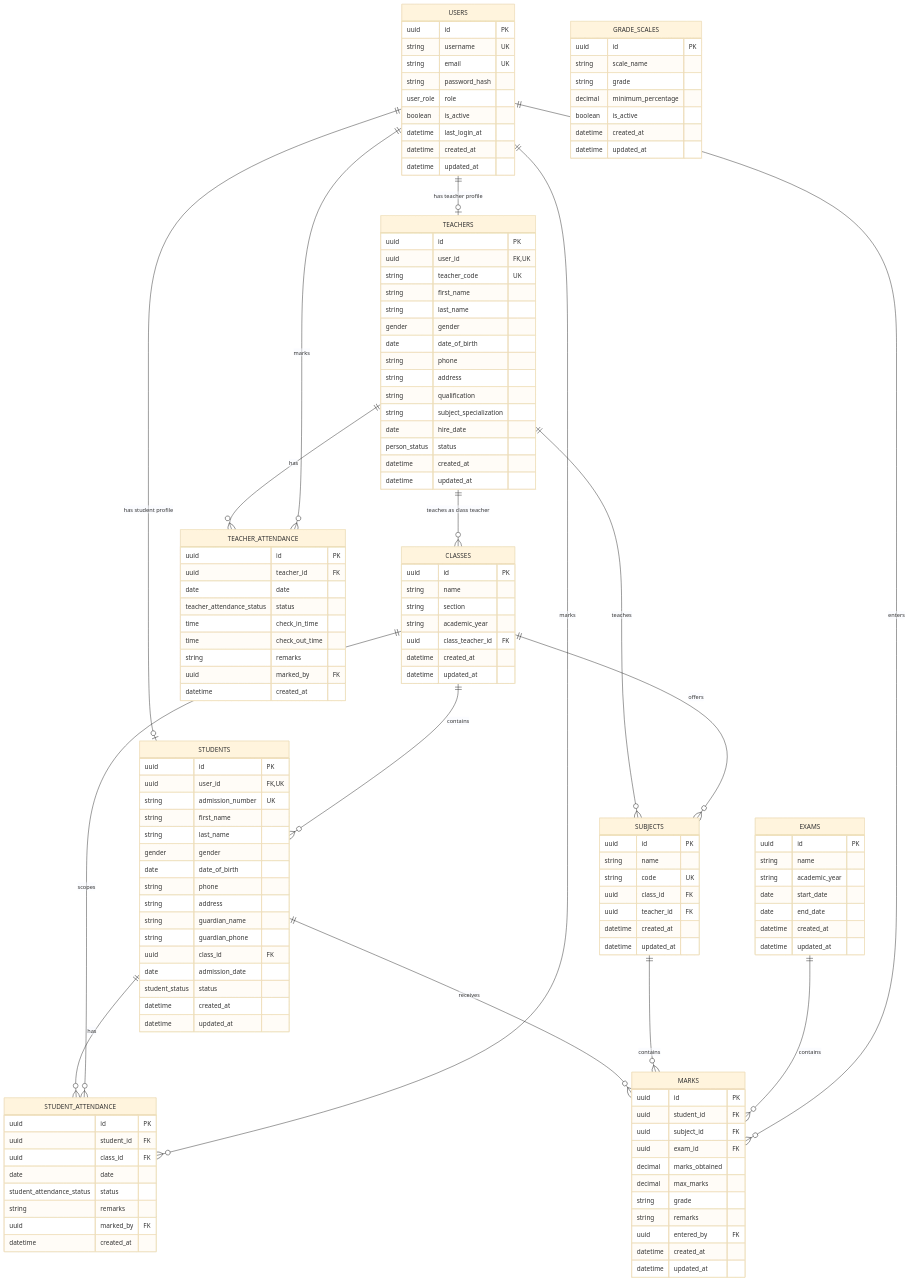
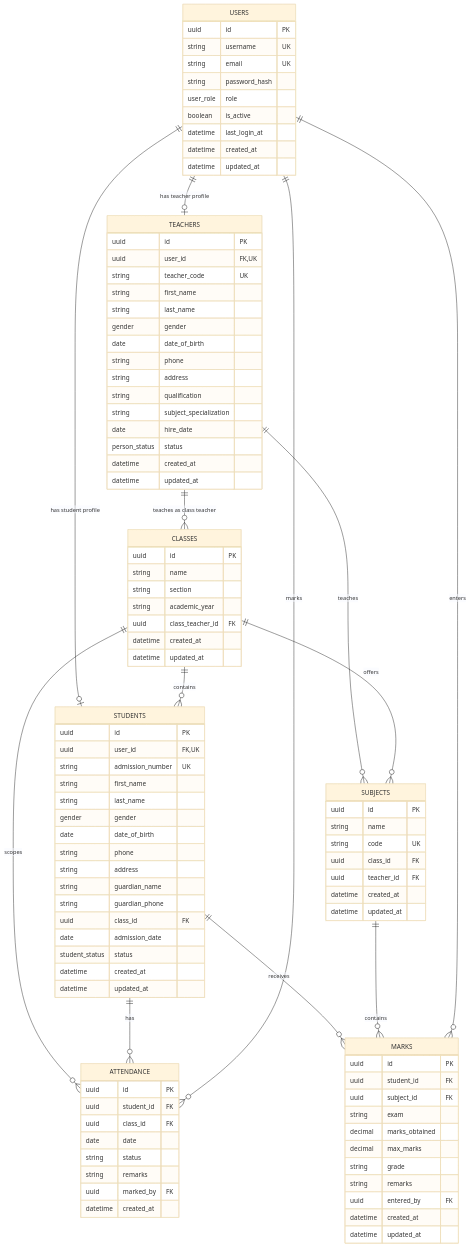
The diagram in docs/ERD.md (adserasinghe/school-management-systen), drawn with Mermaid (base theme) before and after one commit. The commit also changed other lines of this file and 3 other files, not shown here.

First line of the commit message:
refactor: update database schema and documentation

````diff
--- a/docs/ERD.md
+++ b/docs/ERD.md
@@ -83,34 +84,12 @@
         datetime updated_at
     }
 
-    EXAMS {
-        uuid id PK
-        string name
-        string academic_year
-        date start_date
-        date end_date
-        datetime created_at
-        datetime updated_at
-    }
-
-    TEACHER_ATTENDANCE {
-        uuid id PK
-        uuid teacher_id FK
-        date date
-        teacher_attendance_status status
-        time check_in_time
-        time check_out_time
-        string remarks
-        uuid marked_by FK
-        datetime created_at
-    }
-
-    STUDENT_ATTENDANCE {
+    ATTENDANCE {
         uuid id PK
         uuid student_id FK
         uuid class_id FK
         date date
-        student_attendance_status status
+        string status
         string remarks
         uuid marked_by FK
         datetime created_at
@@ -120,22 +99,12 @@
         uuid id PK
         uuid student_id FK
         uuid subject_id FK
-        uuid exam_id FK
+        string exam
         decimal marks_obtained
         decimal max_marks
         string grade
         string remarks
         uuid entered_by FK
-        datetime created_at
-        datetime updated_at
-    }
-
-    GRADE_SCALES {
-        uuid id PK
-        string scale_name
-        string grade
-        decimal minimum_percentage
-        boolean is_active
         datetime created_at
         datetime updated_at
     }
@@ -146,13 +115,10 @@
     TEACHERS ||--o{ SUBJECTS : "teaches"
     CLASSES ||--o{ STUDENTS : "contains"
     CLASSES ||--o{ SUBJECTS : "offers"
-    TEACHERS ||--o{ TEACHER_ATTENDANCE : "has"
-    USERS ||--o{ TEACHER_ATTENDANCE : "marks"
-    STUDENTS ||--o{ STUDENT_ATTENDANCE : "has"
-    CLASSES ||--o{ STUDENT_ATTENDANCE : "scopes"
-    USERS ||--o{ STUDENT_ATTENDANCE : "marks"
+    CLASSES ||--o{ ATTENDANCE : "scopes"
+    STUDENTS ||--o{ ATTENDANCE : "has"
+    USERS ||--o{ ATTENDANCE : "marks"
     STUDENTS ||--o{ MARKS : "receives"
     SUBJECTS ||--o{ MARKS : "contains"
-    EXAMS ||--o{ MARKS : "contains"
     USERS ||--o{ MARKS : "enters"
 ```
````
